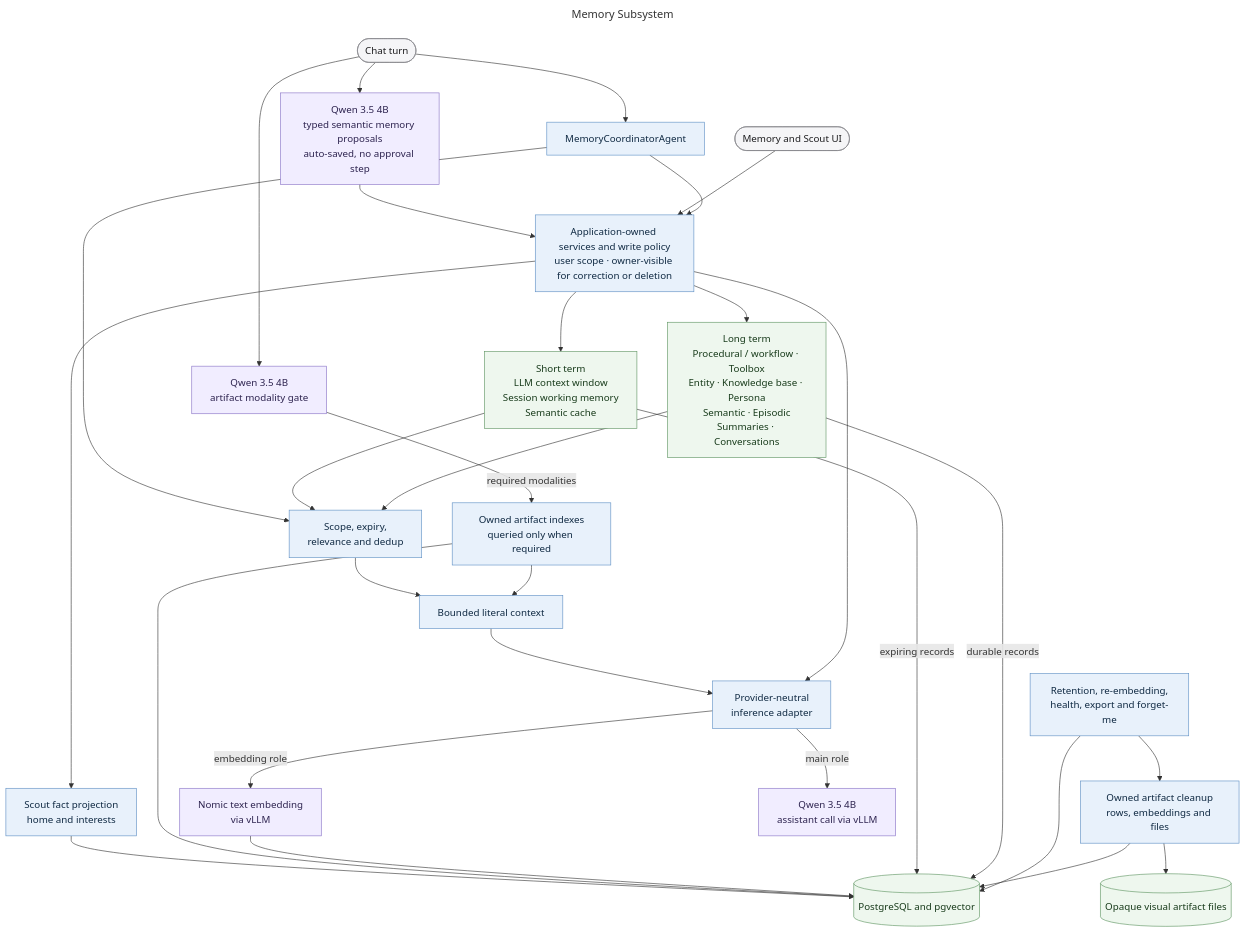
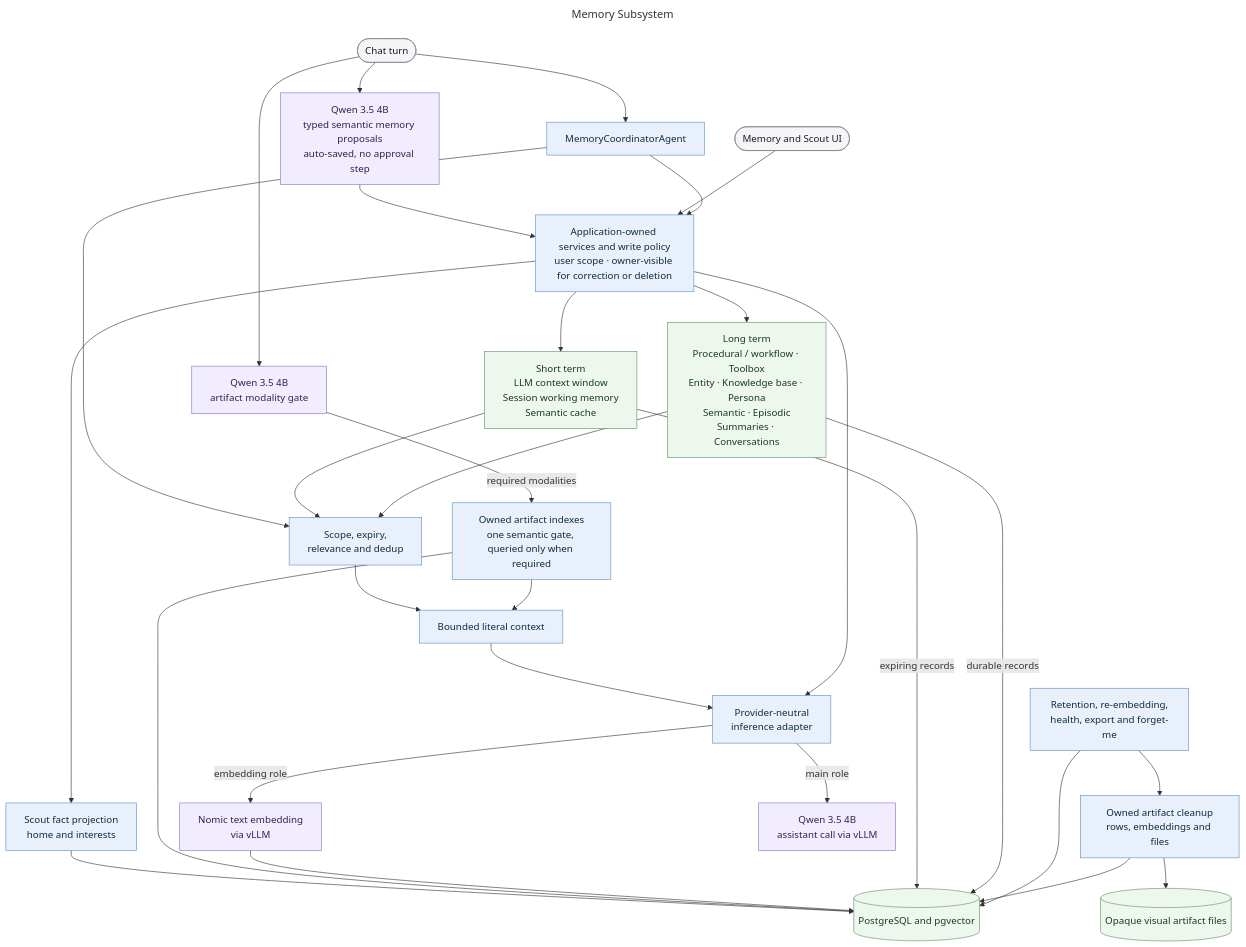
The diagram in docs/diagrams/memory-subsystem.mmd (MallyaAni/PersonalAssistant), drawn with Mermaid before and after one commit. The commit also changed 47 other files, not shown here.

```diff
--- a/docs/diagrams/memory-subsystem.mmd
+++ b/docs/diagrams/memory-subsystem.mmd
@@ -1,60 +1,60 @@
 ---
 title: Memory Subsystem
 ---
 flowchart TB
     Chat([Chat turn])
     UI([Memory and Scout UI])
 
     Proposal[Qwen 3.5 4B<br/>typed semantic memory proposals<br/>auto-saved, no approval step]
     Coordinator[MemoryCoordinatorAgent]
     Services[Application-owned services and write policy<br/>user scope · owner-visible for correction or deletion]
     Retrieval[Scope, expiry,<br/>relevance and dedup]
     ArtifactGate[Qwen 3.5 4B<br/>artifact modality gate]
-    ArtifactIndex[Owned artifact indexes<br/>queried only when required]
+    ArtifactIndex[Owned artifact indexes<br/>one semantic gate, queried only when required]
     Context[Bounded literal context]
 
     Short[Short term<br/>LLM context window<br/>Session working memory<br/>Semantic cache]
     Long[Long term<br/>Procedural / workflow · Toolbox<br/>Entity · Knowledge base · Persona<br/>Semantic · Episodic<br/>Summaries · Conversations]
 
     Inference[Provider-neutral<br/>inference adapter]
     TextEmbed[Nomic text embedding<br/>via vLLM]
     Database[(PostgreSQL and pgvector)]
     Files[(Opaque visual artifact files)]
     Maintenance[Retention, re-embedding,<br/>health, export and forget-me]
     ArtifactCleanup[Owned artifact cleanup<br/>rows, embeddings and files]
     Discovery[Scout fact projection<br/>home and interests]
 
     Main[Qwen 3.5 4B<br/>assistant call via vLLM]
 
     Chat --> Proposal --> Services
     Chat --> Coordinator
     Chat --> ArtifactGate
     UI --> Services
     Coordinator --> Services
     Services --> Short
     Services --> Long
     Services --> Discovery --> Database
     Coordinator --> Retrieval
     Short --> Retrieval
     Long --> Retrieval
     Retrieval --> Context --> Inference
     ArtifactGate -->|required modalities| ArtifactIndex --> Context
     ArtifactIndex --> Database
     Inference -->|main role| Main
     Services --> Inference
     Inference -->|embedding role| TextEmbed --> Database
     Short -->|expiring records| Database
     Long -->|durable records| Database
     Maintenance --> Database
     Maintenance --> ArtifactCleanup
     ArtifactCleanup --> Database
     ArtifactCleanup --> Files
 
     classDef interface fill:#f5f5f7,stroke:#86868b,color:#1d1d1f;
     classDef application fill:#e8f1fb,stroke:#5e8fc4,color:#102a43;
     classDef data fill:#eef7ee,stroke:#5f9562,color:#183b1b;
     classDef model fill:#f1edff,stroke:#8872c6,color:#2e2450;
     class Chat,UI interface;
     class Coordinator,Services,Retrieval,ArtifactIndex,Context,Inference,Maintenance,ArtifactCleanup,Discovery application;
     class Short,Long,Database,Files data;
     class TextEmbed,Main,Proposal,ArtifactGate model;
```
